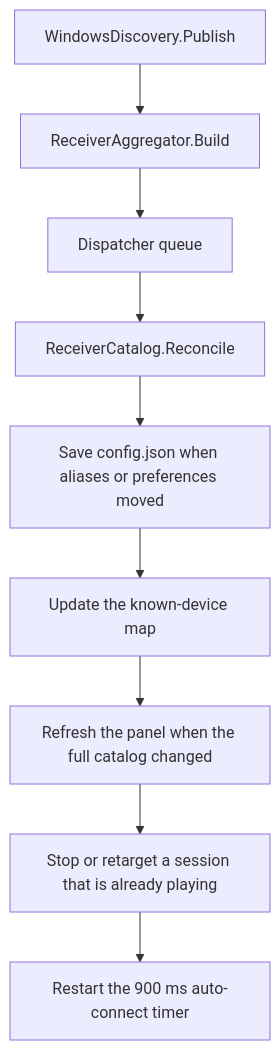
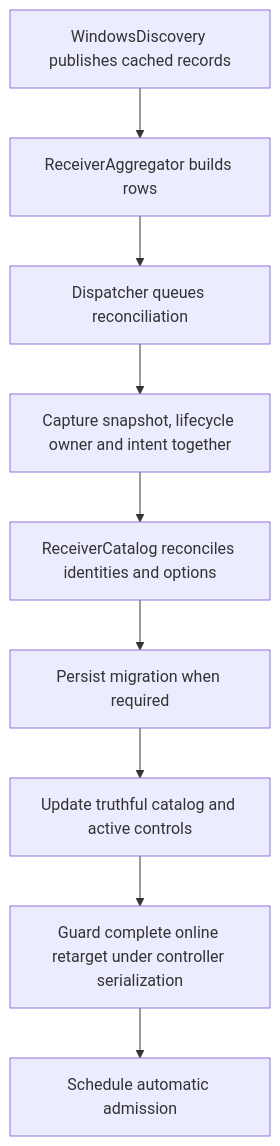
One commit to ThatMarko/AirFlash changed the diagram in docs/analysis/after-discovery.md. Above: the diagram before and after it, drawn with Mermaid. The commit also changed other lines of this file and 48 other files, not shown here.

Commit message:
Refresh source maps and issue records for integrated fork main

````diff
--- a/docs/analysis/after-discovery.md
+++ b/docs/analysis/after-discovery.md
@@ -31,13 +7,13 @@
 ```mermaid
 flowchart TD
-  PUB[WindowsDiscovery.Publish]
-  AGG[ReceiverAggregator.Build]
-  UIQ[Dispatcher queue]
-  REC[ReceiverCatalog.Reconcile]
-  SAVE[Save config.json when aliases or preferences moved]
-  MAP[Update the known-device map]
-  DRAW[Refresh the panel when the full catalog changed]
-  LIVE[Stop or retarget a session that is already playing]
-  ARM[Restart the 900 ms auto-connect timer]
-  PUB --> AGG --> UIQ --> REC --> SAVE --> MAP --> DRAW --> LIVE --> ARM
+  PUB[WindowsDiscovery publishes cached records]
+  AGG[ReceiverAggregator builds rows]
+  UIQ[Dispatcher queues reconciliation]
+  CAP[Capture snapshot, lifecycle owner and intent together]
+  REC[ReceiverCatalog reconciles identities and options]
+  SAVE[Persist migration when required]
+  MAP[Update truthful catalog and active controls]
+  LIVE[Guard complete online retarget under controller serialization]
+  ARM[Schedule automatic admission]
+  PUB --> AGG --> UIQ --> CAP --> REC --> SAVE --> MAP --> LIVE --> ARM
 ```
````
